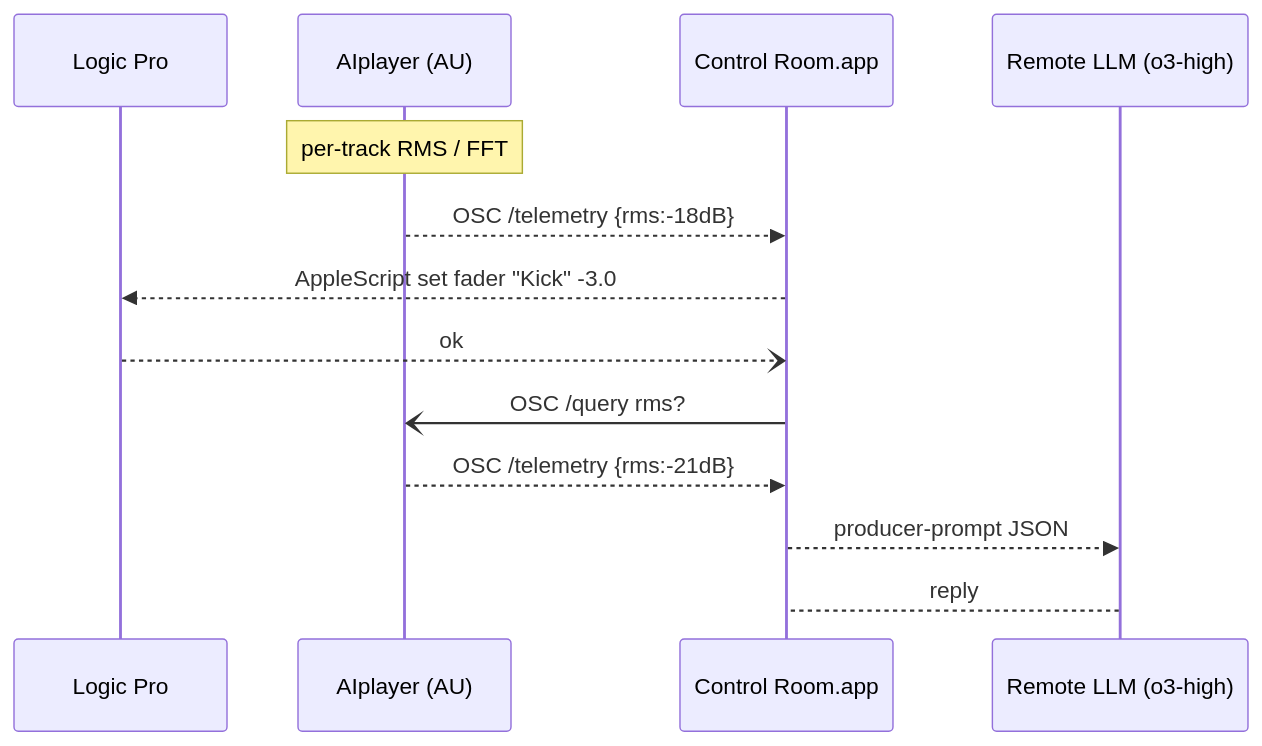
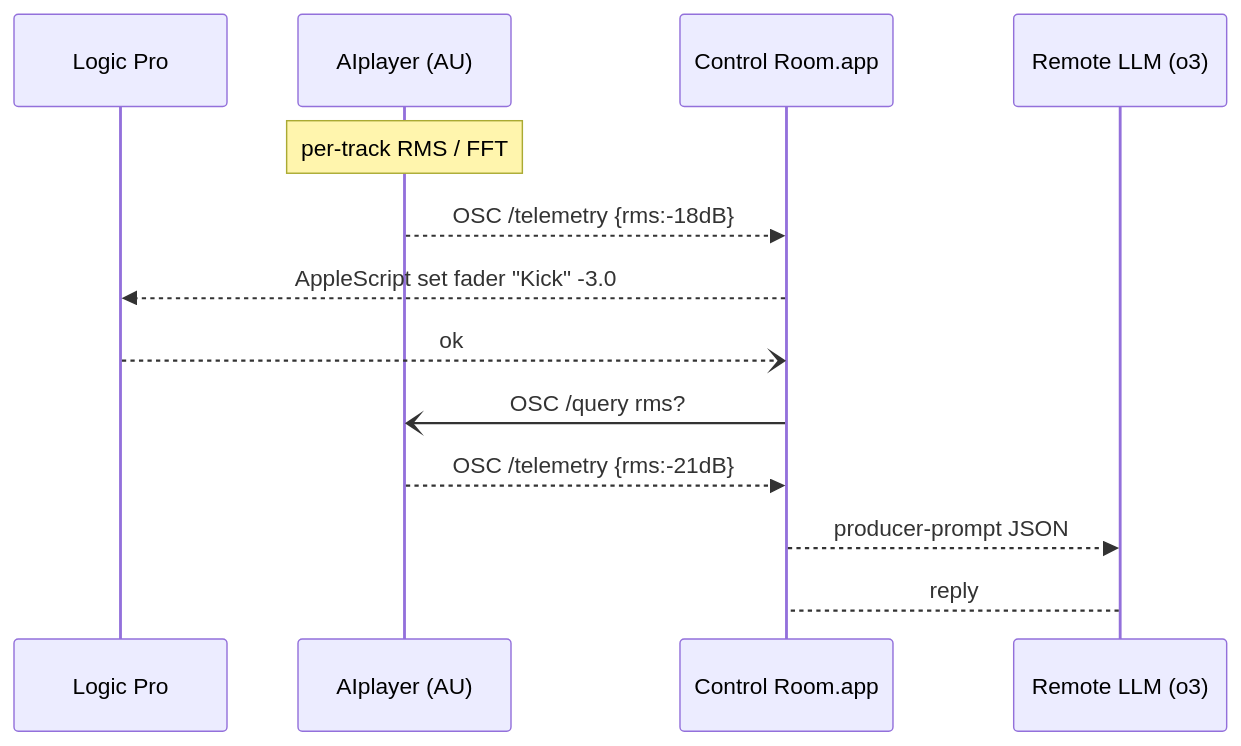
The diagram in README.md (nickfox/chatty-channels), drawn with Mermaid before and after one commit. The commit also changed other lines of this file and 336 other files, not shown here.

````diff
--- a/README.md
+++ b/README.md
@@ -44,16 +43,16 @@
 ```mermaid
 sequenceDiagram
-    participant LP as Logic Pro
-    participant AP as AIplayer (AU)
-    participant CR as Control Room.app
-    participant LLM as Remote LLM (o3‑high)
+    participant LP as Logic Pro
+    participant AP as AIplayer (AU)
+    participant CR as Control Room.app
+    participant LLM as Remote LLM (o3)
 
-    Note over AP: per‑track RMS / FFT
+    Note over AP: per‑track RMS / FFT
     AP-->>CR: OSC /telemetry {rms:-18dB}
     CR-->>LP: AppleScript set fader "Kick" -3.0
     LP--)CR: ok
     CR-)AP: OSC /query rms?
     AP-->>CR: OSC /telemetry {rms:-21dB}
     CR-->>LLM: producer‑prompt JSON
     LLM-->CR: reply
 ```
````
